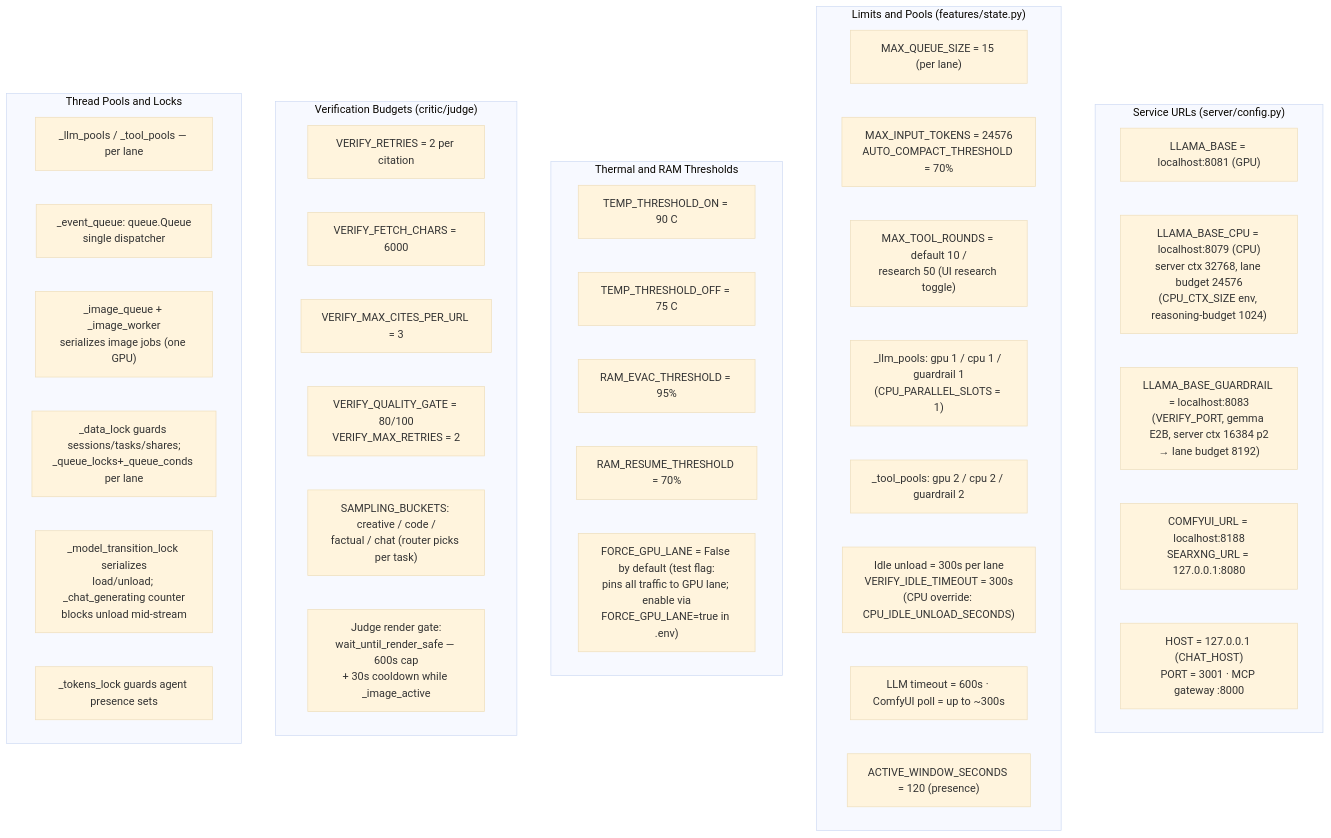
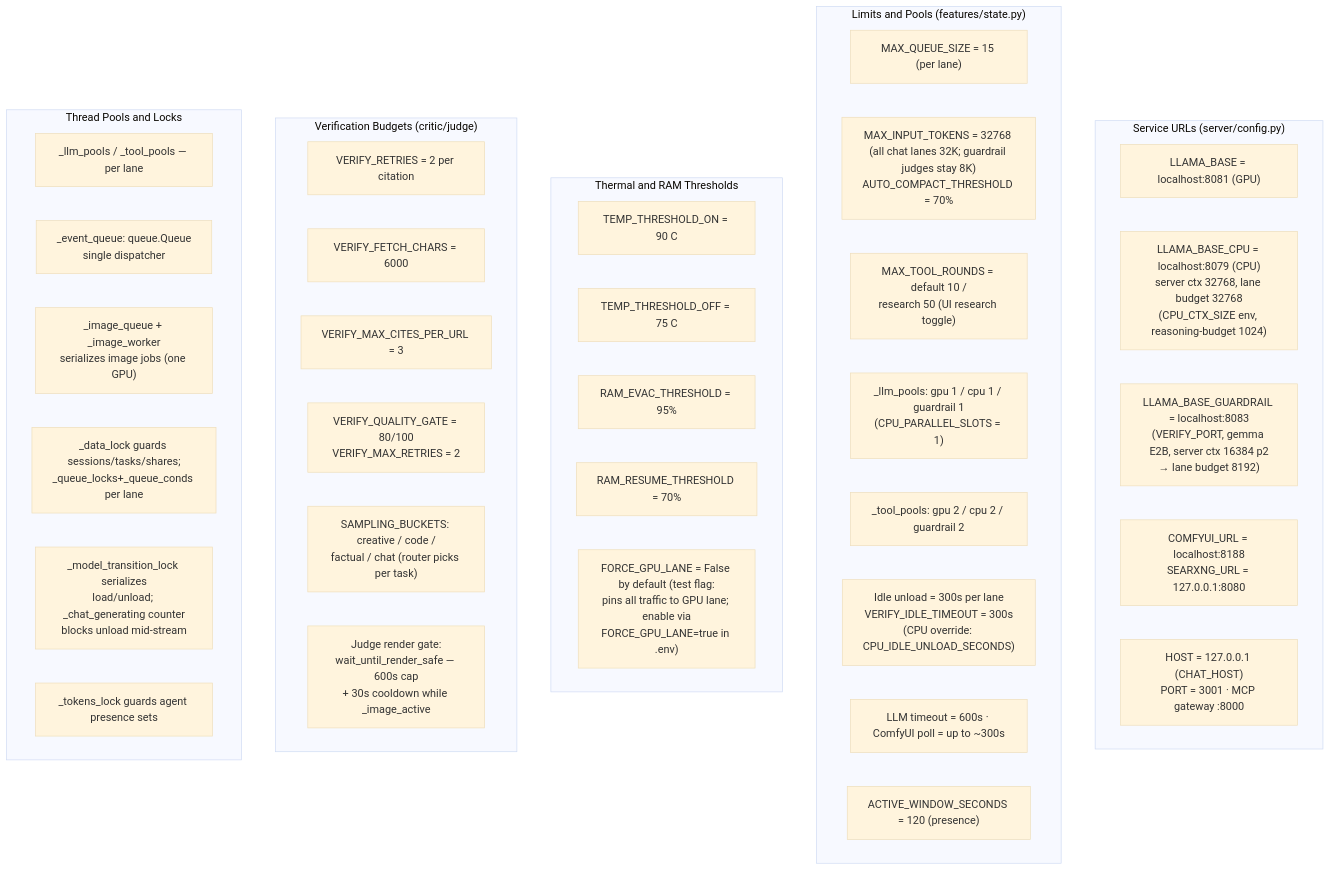
The third of 13 diagrams in ARCHITECTURE.md (Palash90/local-ai), drawn with Mermaid (base theme) before and after one commit. The commit also changed 29 other files, not shown here.

````diff
--- a/ARCHITECTURE.md
+++ b/ARCHITECTURE.md
@@ -109,47 +109,47 @@
 ```mermaid
 graph TD
     subgraph RCNetwork ["Service URLs (server/config.py)"]
         RC1["LLAMA_BASE = localhost:8081 (GPU)"]
-        RC2["LLAMA_BASE_CPU = localhost:8079 (CPU)\nserver ctx 32768, lane budget 24576\n(CPU_CTX_SIZE env, reasoning-budget 1024)"]
+        RC2["LLAMA_BASE_CPU = localhost:8079 (CPU)\nserver ctx 32768, lane budget 32768\n(CPU_CTX_SIZE env, reasoning-budget 1024)"]
         RC3["LLAMA_BASE_GUARDRAIL = localhost:8083\n(VERIFY_PORT, gemma E2B, server ctx 16384 p2\n→ lane budget 8192)"]
         RC4["COMFYUI_URL = localhost:8188\nSEARXNG_URL = 127.0.0.1:8080"]
         RC5["HOST = 127.0.0.1 (CHAT_HOST)\nPORT = 3001 · MCP gateway :8000"]
     end
 
     subgraph RCLimits ["Limits and Pools (features/state.py)"]
         RL1["MAX_QUEUE_SIZE = 15 (per lane)"]
-        RL2["MAX_INPUT_TOKENS = 24576\nAUTO_COMPACT_THRESHOLD = 70%"]
+        RL2["MAX_INPUT_TOKENS = 32768 (all chat lanes 32K; guardrail judges stay 8K)\nAUTO_COMPACT_THRESHOLD = 70%"]
         RL3["MAX_TOOL_ROUNDS = default 10 /\nresearch 50 (UI research toggle)"]
         RL4["_llm_pools: gpu 1 / cpu 1 / guardrail 1\n(CPU_PARALLEL_SLOTS = 1)"]
         RL5["_tool_pools: gpu 2 / cpu 2 / guardrail 2"]
         RL6["Idle unload = 300s per lane\nVERIFY_IDLE_TIMEOUT = 300s\n(CPU override: CPU_IDLE_UNLOAD_SECONDS)"]
         RL7["LLM timeout = 600s · ComfyUI poll = up to ~300s"]
         RL8["ACTIVE_WINDOW_SECONDS = 120 (presence)"]
     end
 
     subgraph RCThermal ["Thermal and RAM Thresholds"]
         RT1["TEMP_THRESHOLD_ON = 90 C"]
         RT2["TEMP_THRESHOLD_OFF = 75 C"]
         RT3["RAM_EVAC_THRESHOLD = 95%"]
         RT4["RAM_RESUME_THRESHOLD = 70%"]
         RT5["FORCE_GPU_LANE = False by default (test flag:\npins all traffic to GPU lane; enable via\nFORCE_GPU_LANE=true in .env)"]
     end
 
     subgraph RCVerify ["Verification Budgets (critic/judge)"]
         RV1["VERIFY_RETRIES = 2 per citation"]
         RV2["VERIFY_FETCH_CHARS = 6000"]
         RV3["VERIFY_MAX_CITES_PER_URL = 3"]
         RV4["VERIFY_QUALITY_GATE = 80/100\nVERIFY_MAX_RETRIES = 2"]
         RV5["SAMPLING_BUCKETS: creative / code /\nfactual / chat (router picks per task)"]
         RV6["Judge render gate:\nwait_until_render_safe — 600s cap\n+ 30s cooldown while _image_active"]
     end
 
     subgraph RCThreads ["Thread Pools and Locks"]
         LK1["_llm_pools / _tool_pools — per lane"]
         LK2["_event_queue: queue.Queue\nsingle dispatcher"]
         LK3["_image_queue + _image_worker\nserializes image jobs (one GPU)"]
         LK4["_data_lock guards sessions/tasks/shares;\n_queue_locks+_queue_conds per lane"]
         LK5["_model_transition_lock serializes\nload/unload; _chat_generating counter\nblocks unload mid-stream"]
         LK6["_tokens_lock guards agent presence sets"]
     end
 ```
````
